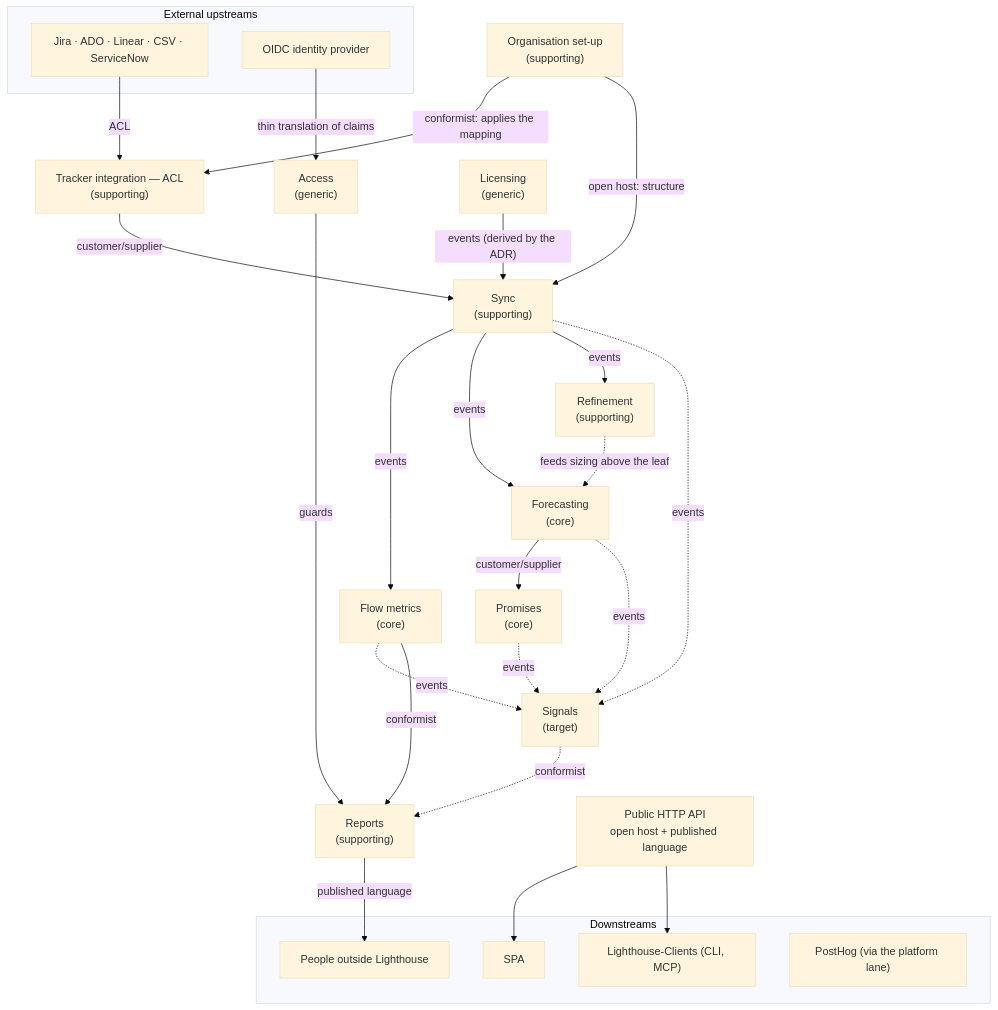
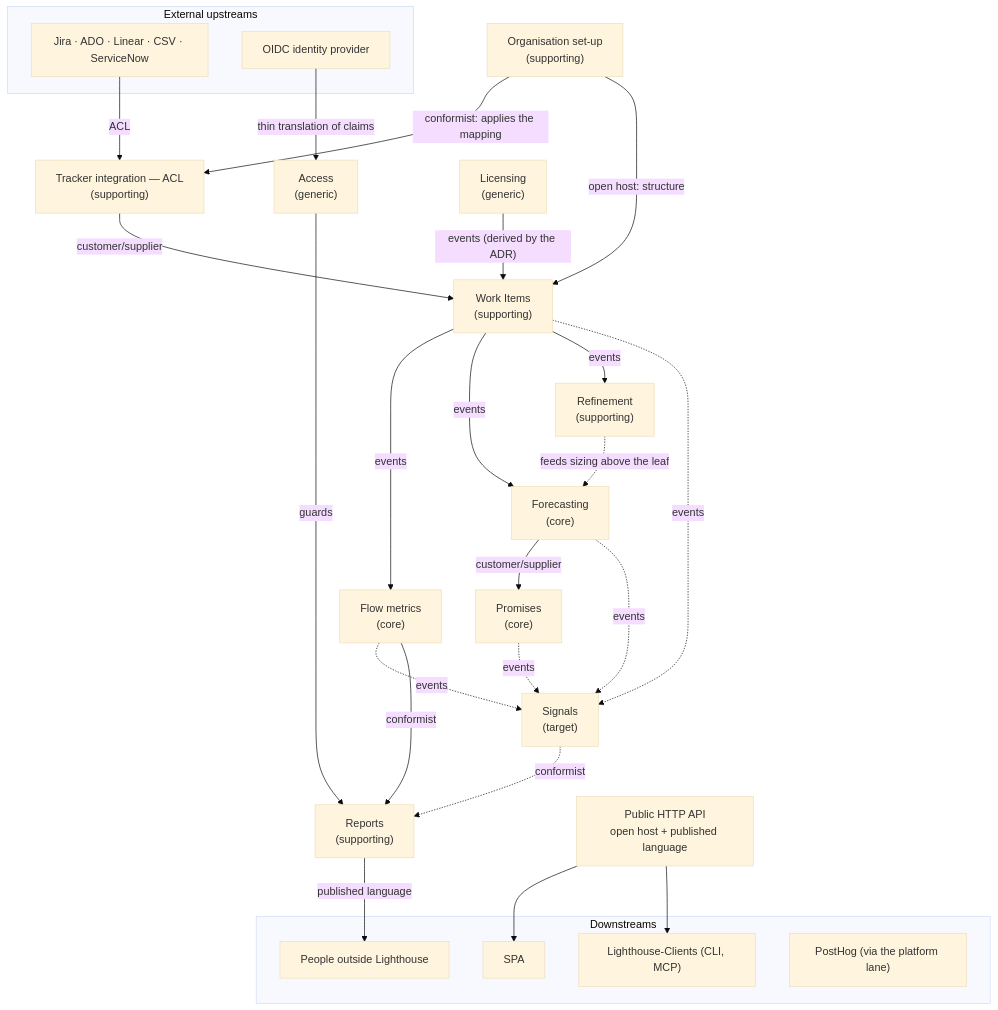
Before and after one commit to LetPeopleWork/Lighthouse: the diagram in docs/product/architecture/adr-270-bounded-contexts-context-map-and-module-layout.md, drawn with Mermaid (base theme). The commit also changed other lines of this file and 14 other files, not shown here.

First line of the commit message:
docs(architecture): improvement log — S01 closed, ADR-270 accepted

````diff
--- a/docs/product/architecture/adr-270-bounded-contexts-context-map-and-module-layout.md
+++ b/docs/product/architecture/adr-270-bounded-contexts-context-map-and-module-layout.md
@@ -104,45 +104,45 @@
 ```mermaid
 flowchart TB
   subgraph EXT_UP["External upstreams"]
     TR["Jira · ADO · Linear · CSV · ServiceNow"]
     IDP["OIDC identity provider"]
   end
   ORG["Organisation set-up<br/>(supporting)"]
   TI["Tracker integration — ACL<br/>(supporting)"]
-  SYNC["Sync<br/>(supporting)"]
+  SYNC["Work Items<br/>(supporting)"]
   MET["Flow metrics<br/>(core)"]
   FC["Forecasting<br/>(core)"]
   PRO["Promises<br/>(core)"]
   SIG["Signals<br/>(target)"]
   REF["Refinement<br/>(supporting)"]
   REP["Reports<br/>(supporting)"]
   ACC["Access<br/>(generic)"]
   LIC["Licensing<br/>(generic)"]
   subgraph EXT_DOWN["Downstreams"]
     SPA["SPA"]
     CLI["Lighthouse-Clients (CLI, MCP)"]
     OUT["People outside Lighthouse"]
     PH["PostHog (via the platform lane)"]
   end
   TR -->|ACL| TI
   IDP -->|thin translation of claims| ACC
   ORG -->|conformist: applies the mapping| TI
   TI -->|customer/supplier| SYNC
   ORG -->|open host: structure| SYNC
   SYNC -->|events| MET
   SYNC -->|events| FC
   SYNC -->|events| REF
   SYNC -.->|events| SIG
   REF -.->|feeds sizing above the leaf| FC
   FC -->|customer/supplier| PRO
   MET -.->|events| SIG
   FC -.->|events| SIG
   PRO -.->|events| SIG
   MET -->|conformist| REP
   SIG -.->|conformist| REP
   REP -->|published language| OUT
   LIC -->|"events (derived by the ADR)"| SYNC
   ACC -->|guards| REP
   API["Public HTTP API<br/>open host + published language"] --> SPA
   API --> CLI
 ```
````
